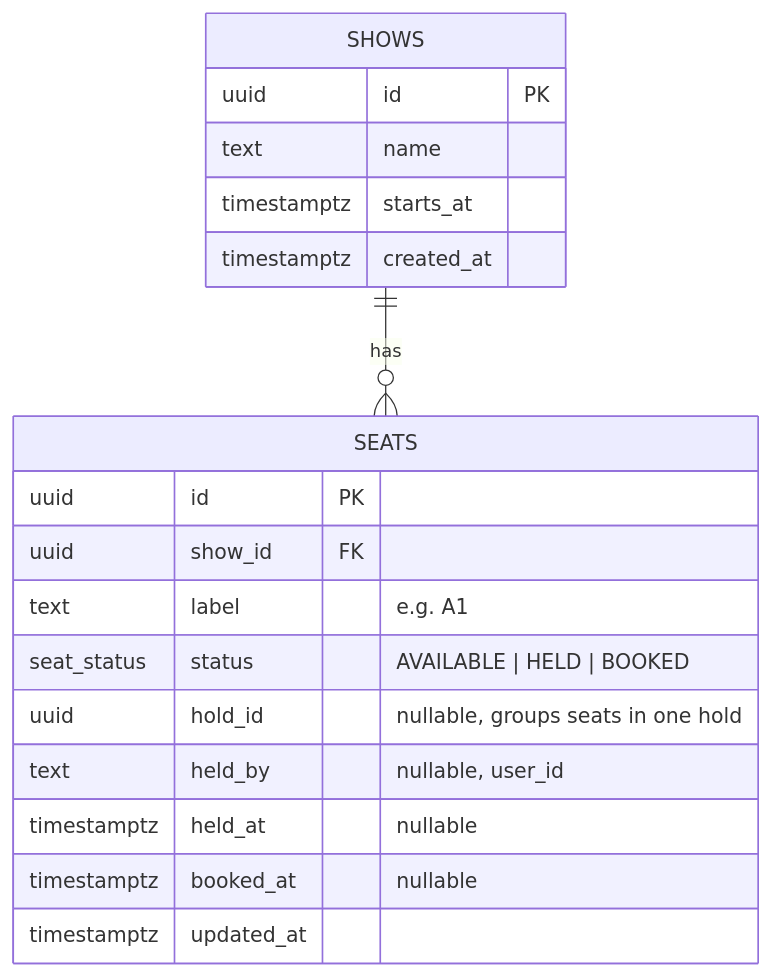
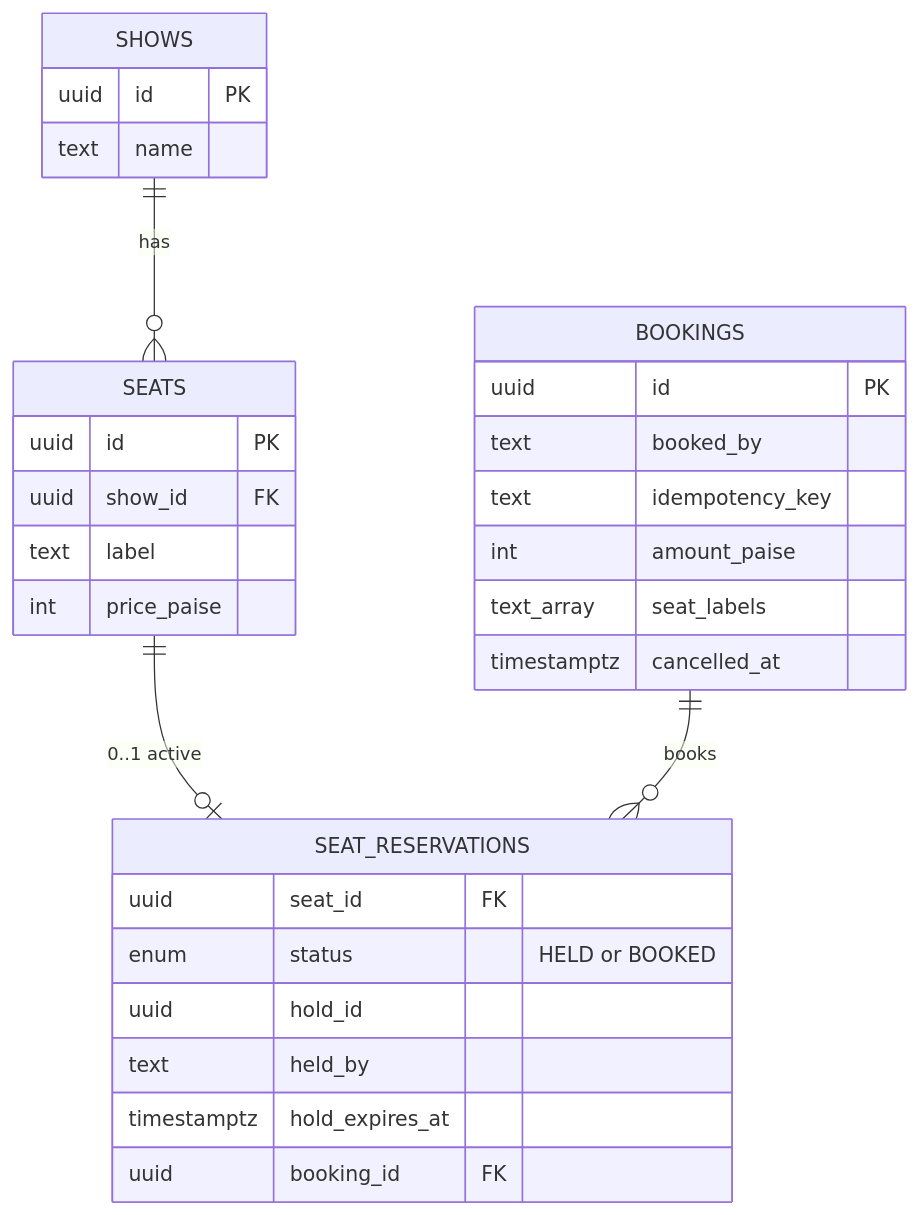
Before and after one commit to igneel777/seat-booker: the third of 3 diagrams in HLD.md, drawn with Mermaid. The commit also changed other lines of this file and 2 other files, not shown here.

````diff
--- a/HLD.md
+++ b/HLD.md
@@ -227,22 +64,32 @@
 ```mermaid
 erDiagram
     SHOWS ||--o{ SEATS : has
-
+    SEATS ||--o| SEAT_RESERVATIONS : "0..1 active"
+    BOOKINGS ||--o{ SEAT_RESERVATIONS : books
     SHOWS {
         uuid id PK
         text name
-        timestamptz starts_at
-        timestamptz created_at
     }
     SEATS {
         uuid id PK
         uuid show_id FK
-        text label "e.g. A1"
-        seat_status status "AVAILABLE | HELD | BOOKED"
-        uuid hold_id "nullable, groups seats in one hold"
-        text held_by "nullable, user_id"
-        timestamptz held_at "nullable"
-        timestamptz booked_at "nullable"
-        timestamptz updated_at
+        text label
+        int price_paise
+    }
+    SEAT_RESERVATIONS {
+        uuid seat_id FK
+        enum status "HELD or BOOKED"
+        uuid hold_id
+        text held_by
+        timestamptz hold_expires_at
+        uuid booking_id FK
+    }
+    BOOKINGS {
+        uuid id PK
+        text booked_by
+        text idempotency_key
+        int amount_paise
+        text_array seat_labels
+        timestamptz cancelled_at
     }
 ```
````
